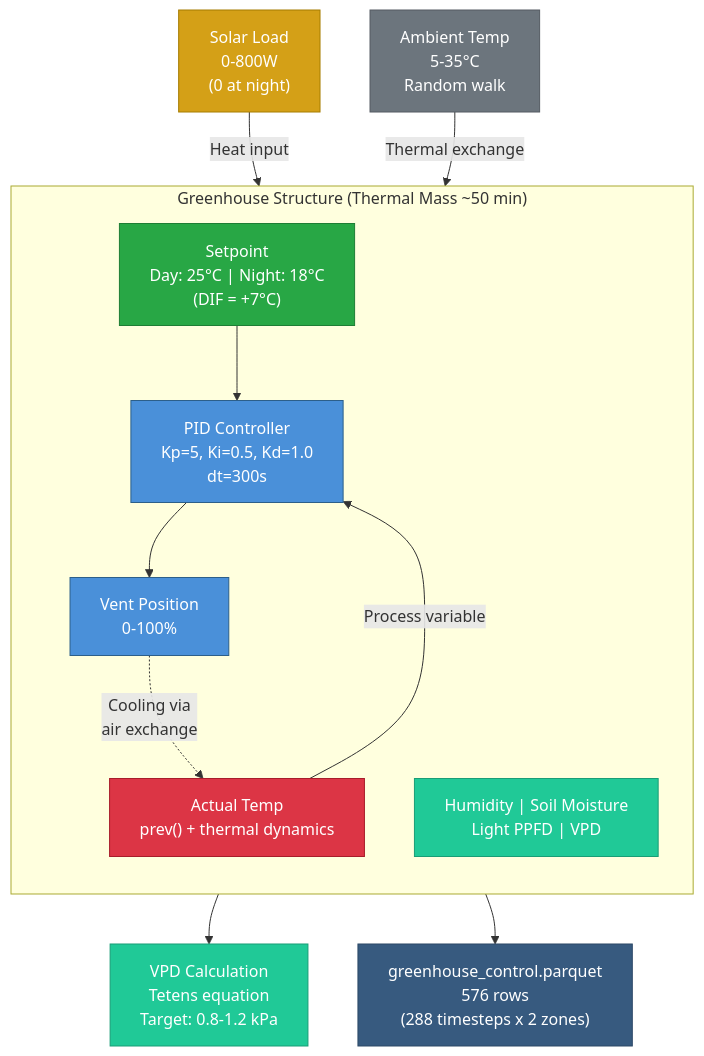
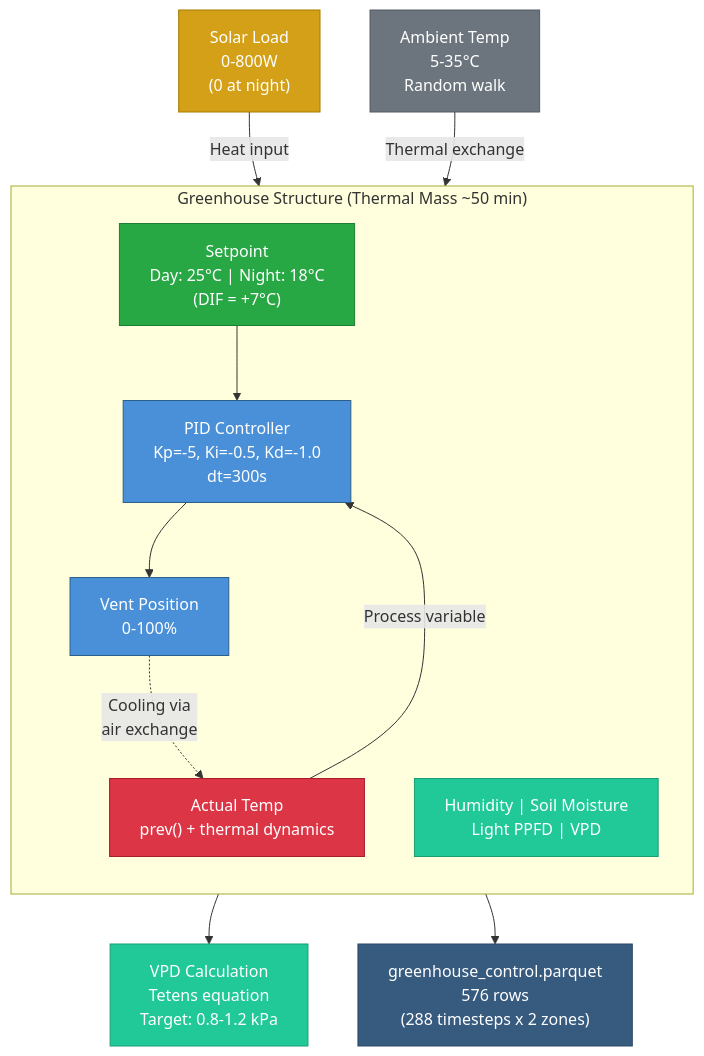
One commit to henryodibi11/Odibi changed the third of 3 diagrams in docs/simulation/patterns/environmental.md. Above: the diagram before and after it, drawn with Mermaid. The commit also changed other lines of this file and 3 other files, not shown here.

````diff
--- a/docs/simulation/patterns/environmental.md
+++ b/docs/simulation/patterns/environmental.md
@@ -522,33 +522,33 @@
 ```mermaid
 flowchart TB
     subgraph GH["Greenhouse Structure (Thermal Mass ~50 min)"]
         direction TB
         SP["Setpoint\nDay: 25°C | Night: 18°C\n(DIF = +7°C)"]
-        PID["PID Controller\nKp=5, Ki=0.5, Kd=1.0\ndt=300s"]
+        PID["PID Controller\nKp=-5, Ki=-0.5, Kd=-1.0\ndt=300s"]
         VENT["Vent Position\n0-100%"]
         TEMP["Actual Temp\nprev() + thermal dynamics"]
         SENSORS["Humidity | Soil Moisture\nLight PPFD | VPD"]
     end
 
     SUN["Solar Load\n0-800W\n(0 at night)"] -->|"Heat input"| TEMP
     AMB["Ambient Temp\n5-35°C\nRandom walk"] -->|"Thermal exchange"| TEMP
 
     SP --> PID
     TEMP -->|"Process variable"| PID
     PID --> VENT
     VENT -.->|"Cooling via\nair exchange"| TEMP
 
     TEMP --> VPD_CALC["VPD Calculation\nTetens equation\nTarget: 0.8-1.2 kPa"]
 
     GH --> OUT["greenhouse_control.parquet\n576 rows\n(288 timesteps x 2 zones)"]
 
     style SP fill:#28a745,stroke:#1e7e34,color:#ffffff
     style PID fill:#4a90d9,stroke:#2c5f8a,color:#ffffff
     style VENT fill:#4a90d9,stroke:#2c5f8a,color:#ffffff
     style TEMP fill:#dc3545,stroke:#a71d2a,color:#ffffff
     style SENSORS fill:#20c997,stroke:#199d76,color:#ffffff
     style SUN fill:#d4a017,stroke:#a67c00,color:#ffffff
     style AMB fill:#6c757d,stroke:#545b62,color:#ffffff
     style VPD_CALC fill:#20c997,stroke:#199d76,color:#ffffff
     style OUT fill:#375a7f,stroke:#2c4866,color:#ffffff
 ```
````
